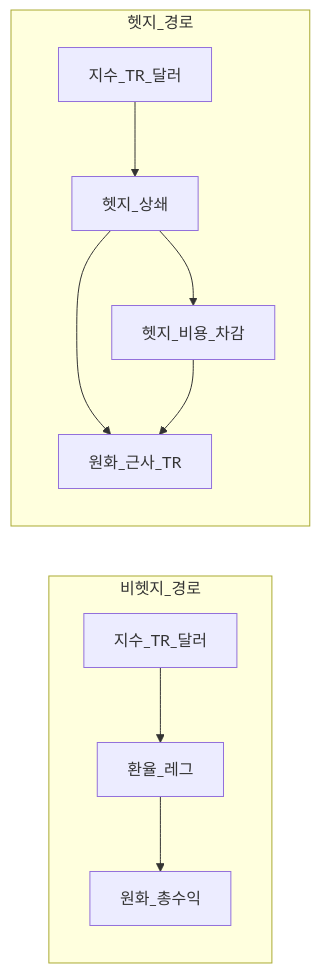
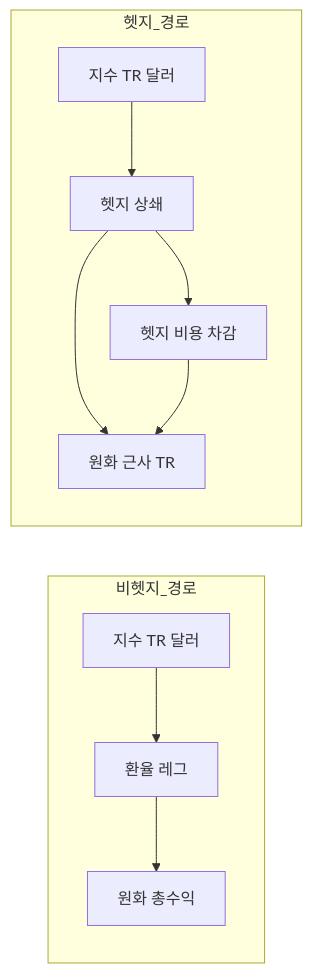
Before and after one commit to goldanghenry/Finances: the fourth of 5 diagrams in 03-markets/overseas-tax-fx-hedging.md, drawn with Mermaid. The commit also changed other lines of this file and 211 other files, not shown here.

````diff
--- a/03-markets/overseas-tax-fx-hedging.md
+++ b/03-markets/overseas-tax-fx-hedging.md
@@ -197,13 +203,13 @@
 ```mermaid
 flowchart LR
   subgraph unhedged [비헷지_경로]
-    U1[지수_TR_달러] --> U2[환율_레그]
-    U2 --> U3[원화_총수익]
+    U1["지수 TR 달러"] --> U2["환율 레그"]
+    U2 --> U3["원화 총수익"]
   end
   subgraph hedged [헷지_경로]
-    H1[지수_TR_달러] --> H2[헷지_상쇄]
-    H2 --> H3[원화_근사_TR]
-    H2 --> H4[헷지_비용_차감]
+    H1["지수 TR 달러"] --> H2["헷지 상쇄"]
+    H2 --> H3["원화 근사 TR"]
+    H2 --> H4["헷지 비용 차감"]
     H4 --> H3
   end
 ```
````
